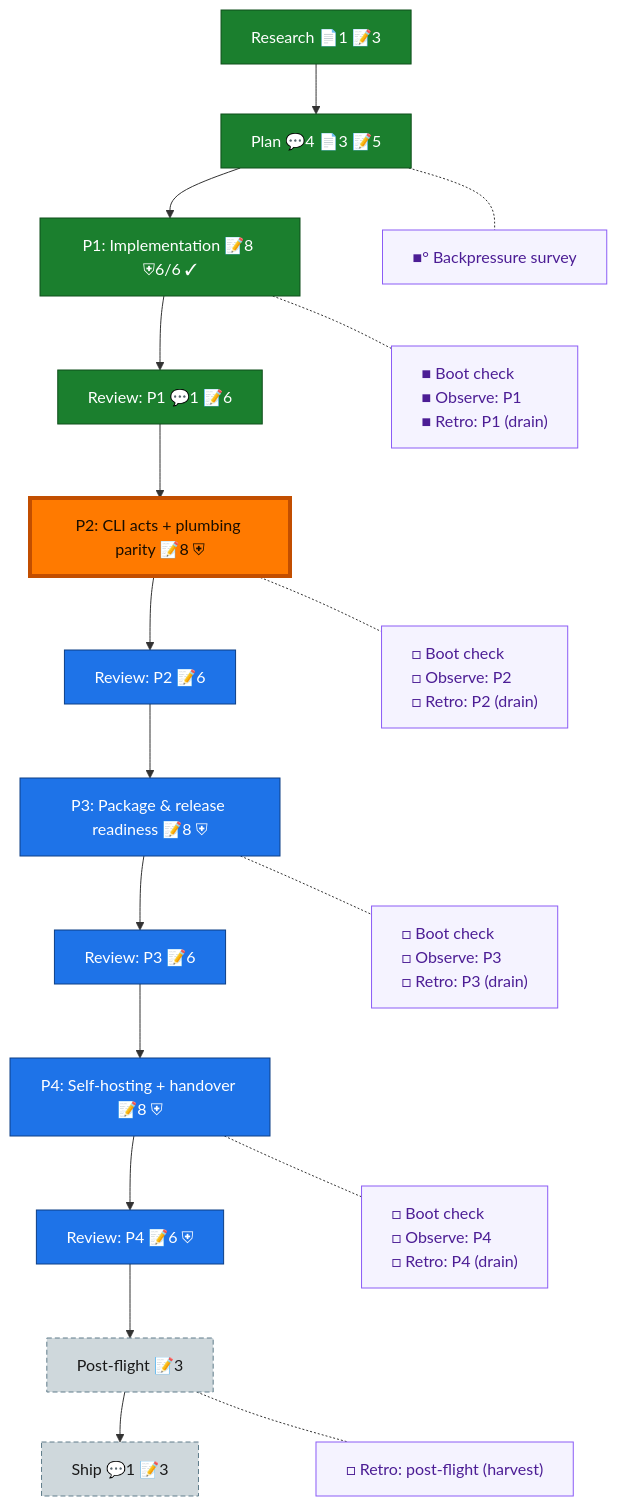
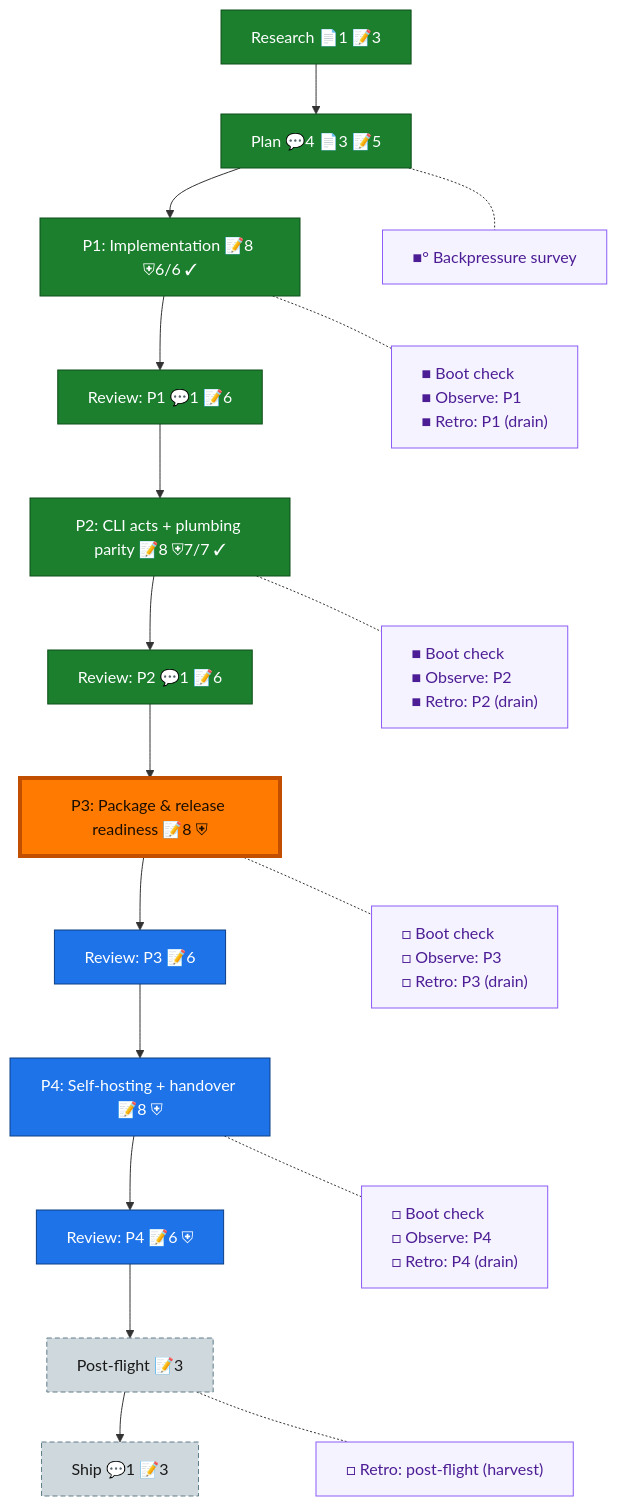
One commit to AI-Substrate/dd changed the diagram in docs/plans/001-dd-extraction/the-flow.md. Above: the diagram before and after it, drawn with Mermaid. The commit also changed other lines of this file and 5 other files, not shown here.

Commit message:
docs: phase 2 closed — 4 ACs checked (proven_by lg-0003), review-2 APPROVE zero findings, flight at phase-3

````diff
--- a/docs/plans/001-dd-extraction/the-flow.md
+++ b/docs/plans/001-dd-extraction/the-flow.md
@@ -8,43 +8,43 @@
 ```mermaid
 flowchart TD
     research["Research 📄1 📝3"]:::done
     plan["Plan 💬4 📄3 📝5"]:::done
     phase_1["P1: Implementation 📝8 ⛨6/6 ✓"]:::done
     review_1["Review: P1 💬1 📝6"]:::done
-    phase_2["P2: CLI acts + plumbing parity 📝8 ⛨"]:::wip
-    review_2["Review: P2 📝6"]:::known
-    phase_3["P3: Package & release readiness 📝8 ⛨"]:::known
+    phase_2["P2: CLI acts + plumbing parity 📝8 ⛨7/7 ✓"]:::done
+    review_2["Review: P2 💬1 📝6"]:::done
+    phase_3["P3: Package & release readiness 📝8 ⛨"]:::wip
     review_3["Review: P3 📝6"]:::known
     phase_4["P4: Self-hosting + handover 📝8 ⛨"]:::known
     review_4["Review: P4 📝6 ⛨"]:::known
     post_flight["Post-flight 📝3"]:::assumed
     ship["Ship 💬1 📝3"]:::assumed
 
     research --> plan --> phase_1 --> review_1 --> phase_2 --> review_2 --> phase_3 --> review_3 --> phase_4 --> review_4 --> post_flight --> ship
 
     planC["■° Backpressure survey"]:::chore
     phase_1C["■ Boot check<br/>■ Observe: P1<br/>■ Retro: P1 (drain)"]:::chore
-    phase_2C["□ Boot check<br/>□ Observe: P2<br/>□ Retro: P2 (drain)"]:::chore
+    phase_2C["■ Boot check<br/>■ Observe: P2<br/>■ Retro: P2 (drain)"]:::chore
     phase_3C["□ Boot check<br/>□ Observe: P3<br/>□ Retro: P3 (drain)"]:::chore
     phase_4C["□ Boot check<br/>□ Observe: P4<br/>□ Retro: P4 (drain)"]:::chore
     post_flightC["□ Retro: post-flight (harvest)"]:::chore
 
     %% invisible chain holds the gutter boxes in their own column
     planC ~~~ phase_1C ~~~ phase_2C ~~~ phase_3C ~~~ phase_4C ~~~ post_flightC
 
     %% dotted links pull each gutter box beside its node
     plan -.- planC
     phase_1 -.- phase_1C
     phase_2 -.- phase_2C
     phase_3 -.- phase_3C
     phase_4 -.- phase_4C
     post_flight -.- post_flightC
 
     classDef done fill:#1B7F2E,stroke:#0F4F1B,color:#fff;
     classDef wip fill:#43C04A,stroke:#1B7F2E,color:#04210A;
     classDef known fill:#1E73E8,stroke:#0D3F86,color:#fff;
     classDef assumed fill:#CFD8DC,stroke:#607D8B,color:#1a1a1a,stroke-dasharray:5 3;
     classDef chore fill:#f5f3ff,stroke:#8b5cf6,color:#4c1d95,text-align:left;
     classDef current fill:#FF7A00,stroke:#C24E00,color:#1a0e00,stroke-width:4px;
-    class phase_2 current;
+    class phase_3 current;
 ```
````
